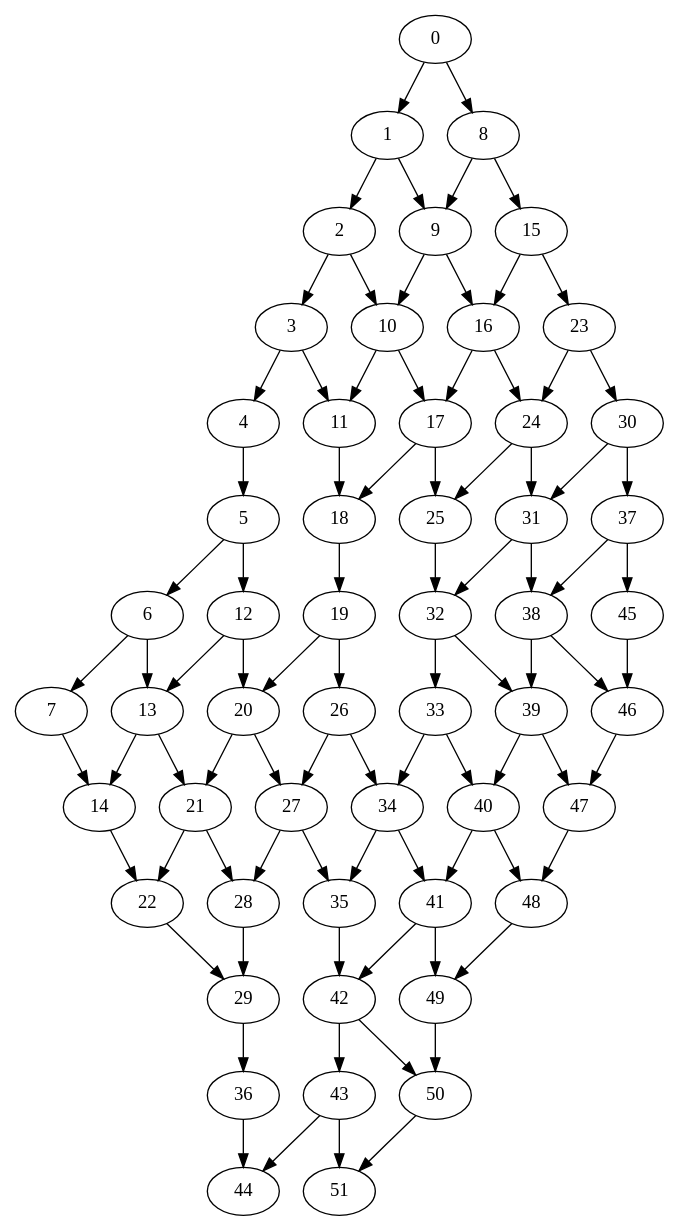
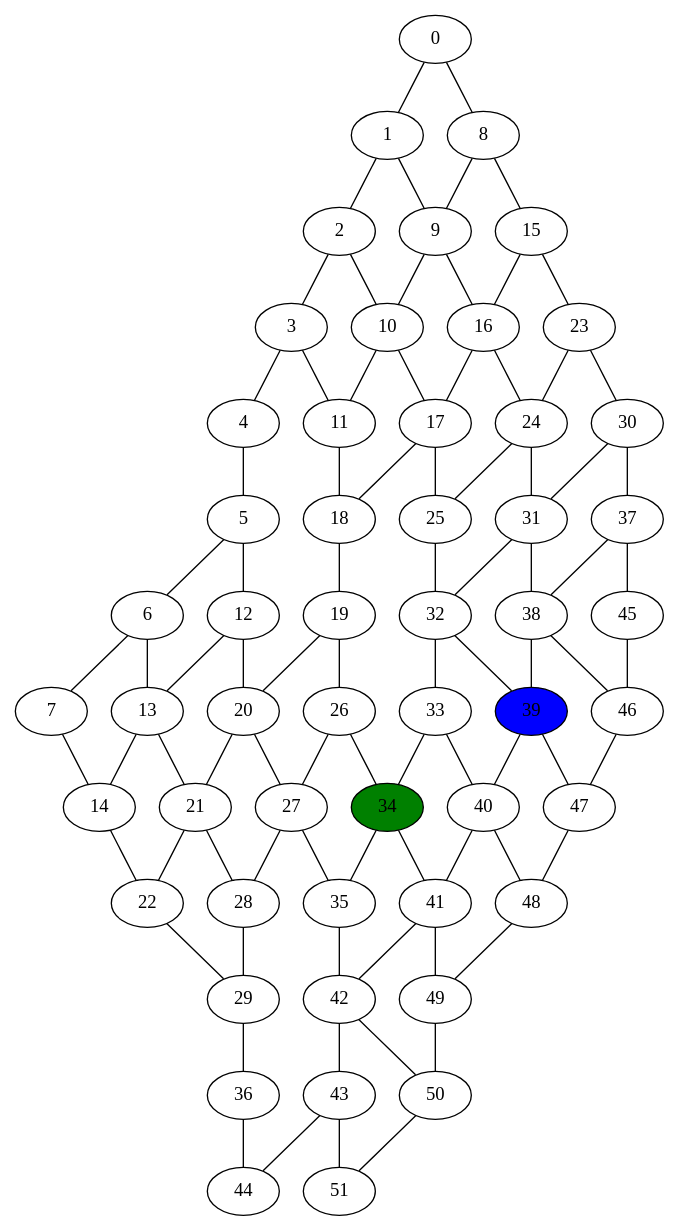
Before and after one commit to nox-x/finder: the diagram in dot/graph52a.txt.dot, drawn with Graphviz. The commit also changed 21 other files, not shown here.

```diff
--- a/dot/graph52a.txt.dot
+++ b/dot/graph52a.txt.dot
@@ -1,85 +1,87 @@
-digraph G {
-0 -> 1
-0 -> 8
-1 -> 2
-1 -> 9
-2 -> 3
-2 -> 10
-3 -> 4
-3 -> 11
-4 -> 5
-5 -> 6
-5 -> 12
-6 -> 7
-6 -> 13
-7 -> 14
-8 -> 9
-8 -> 15
-9 -> 10
-9 -> 16
-10 -> 11
-10 -> 17
-11 -> 18
-12 -> 13
-12 -> 20
-13 -> 14
-13 -> 21
-14 -> 22
-15 -> 16
-15 -> 23
-16 -> 17
-16 -> 24
-17 -> 18
-17 -> 25
-18 -> 19
-19 -> 20
-19 -> 26
-20 -> 21
-20 -> 27
-21 -> 22
-21 -> 28
-22 -> 29
-23 -> 24
-23 -> 30
-24 -> 25
-24 -> 31
-25 -> 32
-26 -> 27
-26 -> 34
-27 -> 28
-27 -> 35
-28 -> 29
-29 -> 36
-30 -> 31
-30 -> 37
-31 -> 32
-31 -> 38
-32 -> 33
-32 -> 39
-33 -> 34
-33 -> 40
-34 -> 35
-34 -> 41
-35 -> 42
-36 -> 44
-37 -> 38
-37 -> 45
-38 -> 39
-38 -> 46
-39 -> 40
-39 -> 47
-40 -> 41
-40 -> 48
-41 -> 42
-41 -> 49
-42 -> 43
-42 -> 50
-43 -> 44
-43 -> 51
-45 -> 46
-46 -> 47
-47 -> 48
-48 -> 49
-49 -> 50
-50 -> 51
+graph G {
+0 -- 1
+0 -- 8
+1 -- 2
+1 -- 9
+2 -- 3
+2 -- 10
+3 -- 4
+3 -- 11
+4 -- 5
+5 -- 6
+5 -- 12
+6 -- 7
+6 -- 13
+7 -- 14
+8 -- 9
+8 -- 15
+9 -- 10
+9 -- 16
+10 -- 11
+10 -- 17
+11 -- 18
+12 -- 13
+12 -- 20
+13 -- 14
+13 -- 21
+14 -- 22
+15 -- 16
+15 -- 23
+16 -- 17
+16 -- 24
+17 -- 18
+17 -- 25
+18 -- 19
+19 -- 20
+19 -- 26
+20 -- 21
+20 -- 27
+21 -- 22
+21 -- 28
+22 -- 29
+23 -- 24
+23 -- 30
+24 -- 25
+24 -- 31
+25 -- 32
+26 -- 27
+26 -- 34
+27 -- 28
+27 -- 35
+28 -- 29
+29 -- 36
+30 -- 31
+30 -- 37
+31 -- 32
+31 -- 38
+32 -- 33
+32 -- 39
+33 -- 34
+33 -- 40
+34 -- 35
+34 -- 41
+35 -- 42
+36 -- 44
+37 -- 38
+37 -- 45
+38 -- 39
+38 -- 46
+39 -- 40
+39 -- 47
+40 -- 41
+40 -- 48
+41 -- 42
+41 -- 49
+42 -- 43
+42 -- 50
+43 -- 44
+43 -- 51
+45 -- 46
+46 -- 47
+47 -- 48
+48 -- 49
+49 -- 50
+50 -- 51
+34 [fillcolor=green, style=filled]
+39 [fillcolor=blue, style=filled]
 }
```
